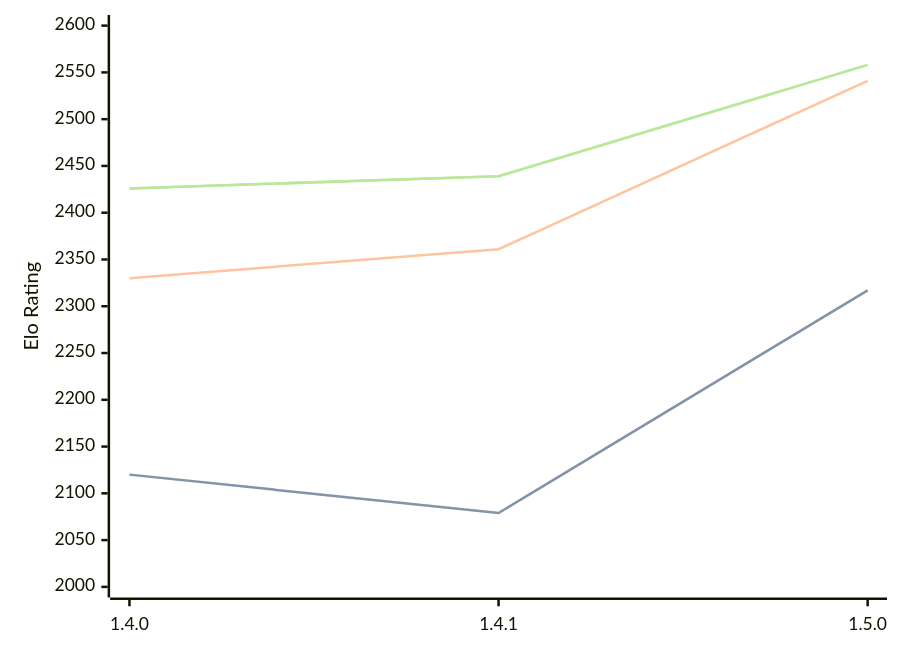
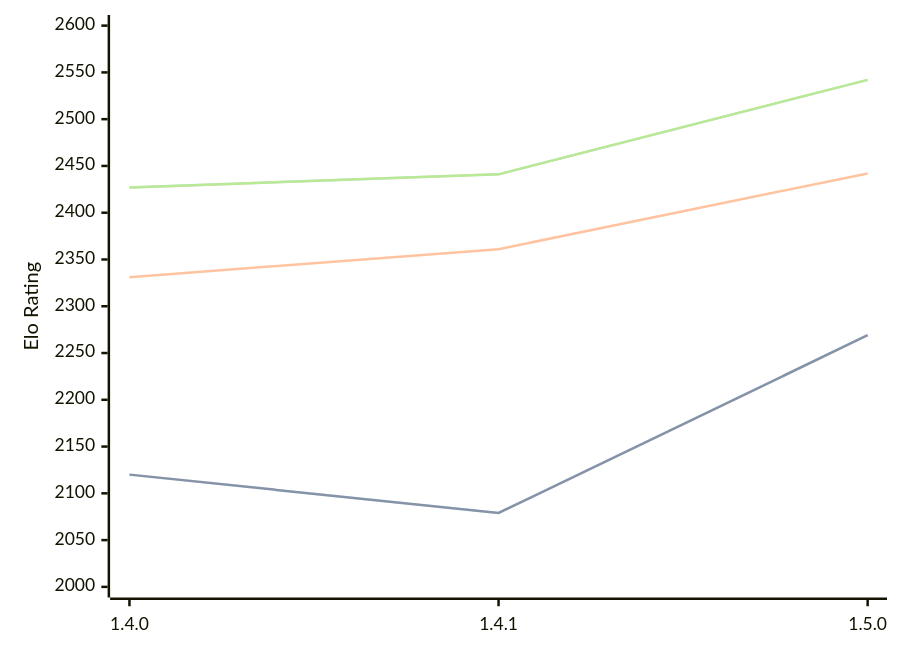
One commit to computer-chess-index/cci changed the diagram in engines/Tofiks.md. Above: the diagram before and after it, drawn with Mermaid. The commit also changed other lines of this file, not shown here.

Commit message:
Update CCI Ratings (ELO VLTC) - 2026-04-25

````diff
--- a/engines/Tofiks.md
+++ b/engines/Tofiks.md
@@ -37,11 +37,11 @@
 ```mermaid
 %%{init: {"theme":"base","themeVariables":{"seriesColors:['#a3a3a3','#222221','#faa371']}}}%%
 xychart-beta
   x-axis ["1.4.0", "1.4.1", "1.5.0"]
   y-axis "Elo Rating" 2000 --> 2600
-  line "STC (8.0+0.08s)" [2120, 2079, 2317]
-  line "STC (8.0+0.08s)" [2120, 2079, 2317]
-  line "LTC (60.0+0.60s)" [2330, 2361, 2541]
-  line "VLTC (2m24s+1.12s)" [2426, 2439, 2558]
-  line "VLTC (2m24s+1.12s)" [2426, 2439, 2558]
+  line "STC (8.0+0.08s)" [2120, 2079, 2269]
+  line "STC (8.0+0.08s)" [2120, 2079, 2269]
+  line "LTC (60.0+0.60s)" [2331, 2361, 2442]
+  line "VLTC (2m24s+1.12s)" [2427, 2441, 2542]
+  line "VLTC (2m24s+1.12s)" [2427, 2441, 2542]
 ```
````
